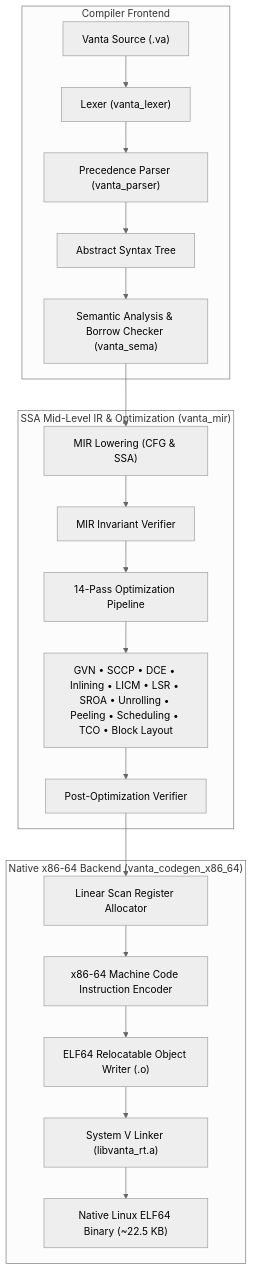
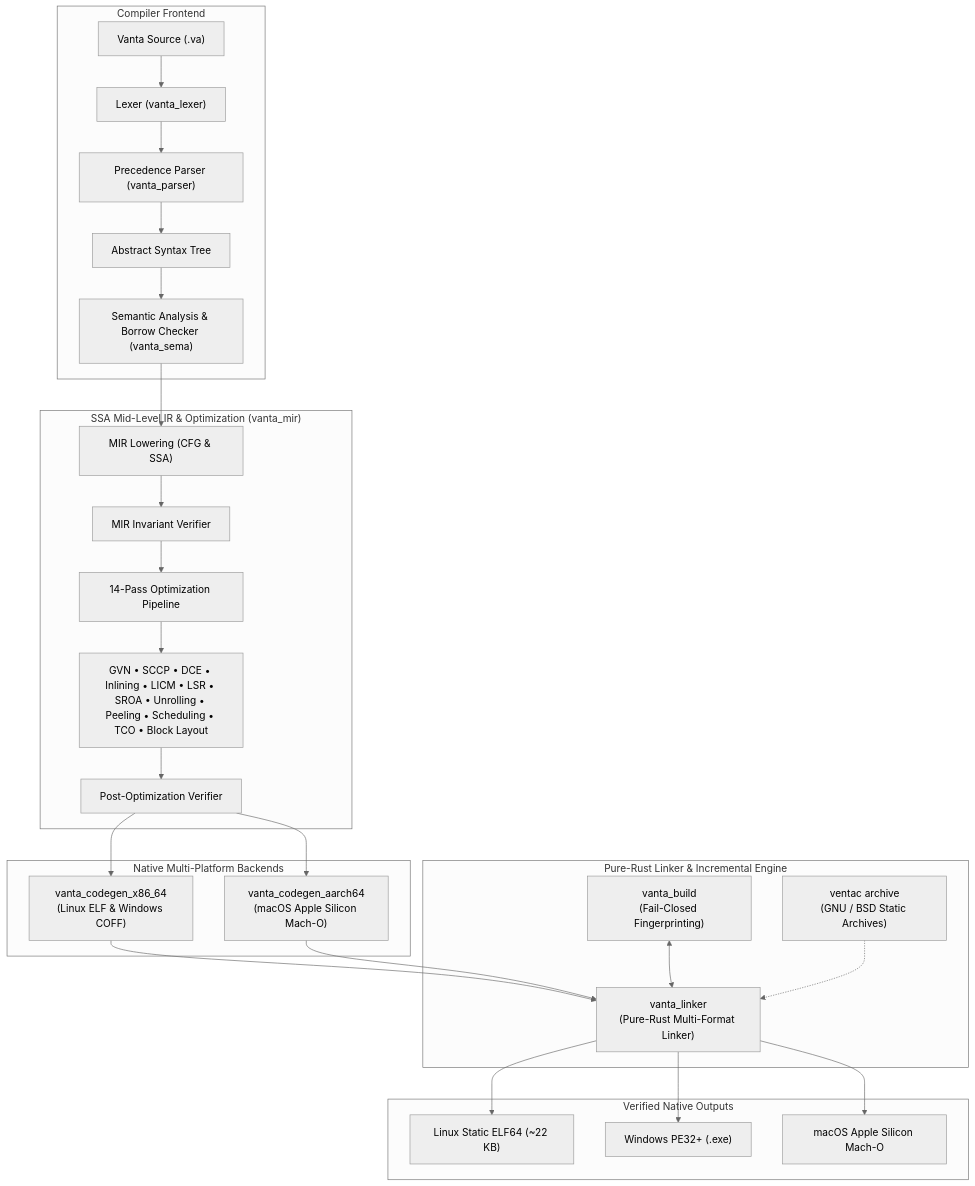
One commit to Looka-info/Venta changed the fourth of 5 diagrams in README.md. Above: the diagram before and after it, drawn with Mermaid (neutral theme). The commit also changed other lines of this file, not shown here.

Commit message:
docs: update README with native multi-platform linker, static archiver, and fail-closed fingerprinting

````diff
--- a/README.md
+++ b/README.md
@@ -225,25 +338,35 @@
 ```mermaid
 flowchart TD
     subgraph Frontend ["Compiler Frontend"]
         SRC["Vanta Source (.va)"] --> LEX["Lexer (vanta_lexer)"]
         LEX --> PARSE["Precedence Parser (vanta_parser)"]
         PARSE --> AST["Abstract Syntax Tree"]
         AST --> SEMA["Semantic Analysis & Borrow Checker (vanta_sema)"]
     end
 
     subgraph MidEnd ["SSA Mid-Level IR & Optimization (vanta_mir)"]
         SEMA --> LOWER["MIR Lowering (CFG & SSA)"]
         LOWER --> VERIFY1["MIR Invariant Verifier"]
         VERIFY1 --> OPT["14-Pass Optimization Pipeline"]
         OPT --> OPT_PASSES["GVN • SCCP • DCE • Inlining • LICM • LSR • SROA • Unrolling • Peeling • Scheduling • TCO • Block Layout"]
         OPT_PASSES --> VERIFY2["Post-Optimization Verifier"]
     end
 
-    subgraph Backend ["Native x86-64 Backend (vanta_codegen_x86_64)"]
-        VERIFY2 --> REGALLOC["Linear Scan Register Allocator"]
-        REGALLOC --> ENCODE["x86-64 Machine Code Instruction Encoder"]
-        ENCODE --> ELF["ELF64 Relocatable Object Writer (.o)"]
-        ELF --> LINK["System V Linker (libvanta_rt.a)"]
-        LINK --> BIN["Native Linux ELF64 Binary (~22.5 KB)"]
+    subgraph Backend ["Native Multi-Platform Backends"]
+        VERIFY2 --> CG_X86["vanta_codegen_x86_64<br>(Linux ELF & Windows COFF)"]
+        VERIFY2 --> CG_ARM["vanta_codegen_aarch64<br>(macOS Apple Silicon Mach-O)"]
+    end
+
+    subgraph Toolchain ["Pure-Rust Linker & Incremental Engine"]
+        CG_X86 --> LINKER["vanta_linker<br>(Pure-Rust Multi-Format Linker)"]
+        CG_ARM --> LINKER
+        BUILD["vanta_build<br>(Fail-Closed Fingerprinting)"] <--> LINKER
+        ARCHIVE["ventac archive<br>(GNU / BSD Static Archives)"] -.-> LINKER
+    end
+
+    subgraph Output ["Verified Native Outputs"]
+        LINKER --> ELF["Linux Static ELF64 (~22 KB)"]
+        LINKER --> PE["Windows PE32+ (.exe)"]
+        LINKER --> MACHO["macOS Apple Silicon Mach-O"]
     end
 ```
````
